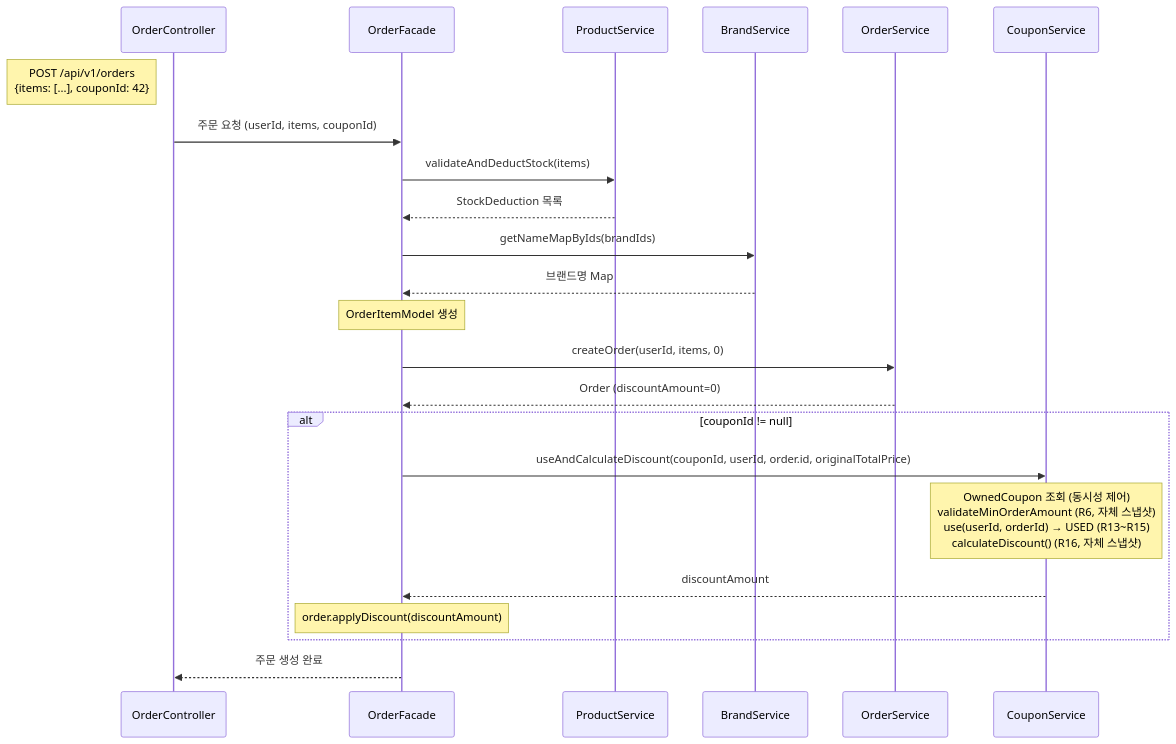
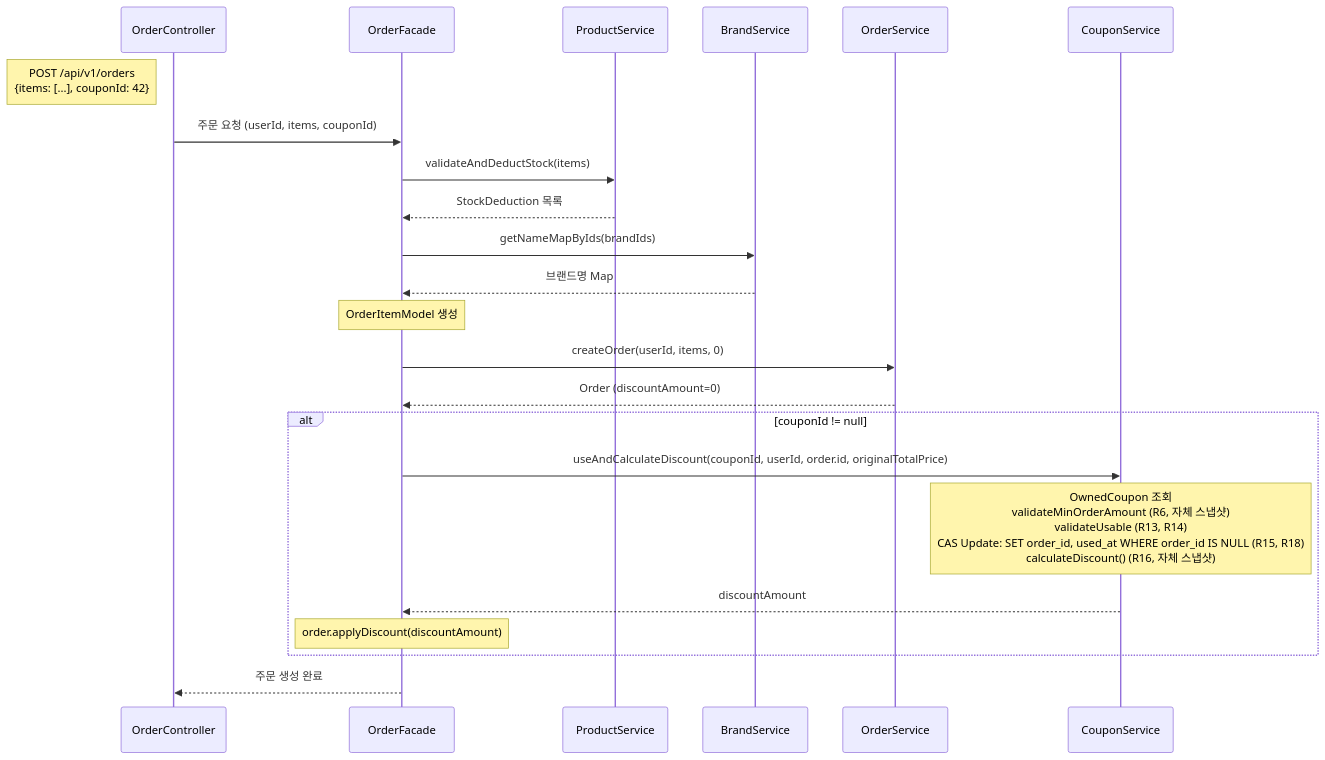
The second of 5 diagrams in docs/design/coupon/DESIGN.md (plan11plan/loop-pack-be-l2-vol3-java), drawn with Mermaid before and after one commit. The commit also changed other lines of this file, not shown here.

Commit message:
docs: OwnedCoupon status 컬럼 제거 및 CAS Update 동시성 전략 반영

````diff
--- a/docs/design/coupon/DESIGN.md
+++ b/docs/design/coupon/DESIGN.md
@@ -286,31 +289,31 @@
 ```mermaid
 sequenceDiagram
     participant OC as OrderController
     participant OF as OrderFacade
     participant PS as ProductService
     participant BS as BrandService
     participant OS as OrderService
     participant CS as CouponService
 
     Note left of OC: POST /api/v1/orders<br/>{items: [...], couponId: 42}
     OC->>OF: 주문 요청 (userId, items, couponId)
     OF->>PS: validateAndDeductStock(items)
     PS-->>OF: StockDeduction 목록
 
     OF->>BS: getNameMapByIds(brandIds)
     BS-->>OF: 브랜드명 Map
 
     Note over OF: OrderItemModel 생성
 
     OF->>OS: createOrder(userId, items, 0)
     OS-->>OF: Order (discountAmount=0)
 
     alt couponId != null
         OF->>CS: useAndCalculateDiscount(couponId, userId, order.id, originalTotalPrice)
-        Note over CS: OwnedCoupon 조회 (동시성 제어)<br/>validateMinOrderAmount (R6, 자체 스냅샷)<br/>use(userId, orderId) → USED (R13~R15)<br/>calculateDiscount() (R16, 자체 스냅샷)
+        Note over CS: OwnedCoupon 조회<br/>validateMinOrderAmount (R6, 자체 스냅샷)<br/>validateUsable (R13, R14)<br/>CAS Update: SET order_id, used_at WHERE order_id IS NULL (R15, R18)<br/>calculateDiscount() (R16, 자체 스냅샷)
         CS-->>OF: discountAmount
         Note over OF: order.applyDiscount(discountAmount)
     end
 
     OF-->>OC: 주문 생성 완료
 ```
````
